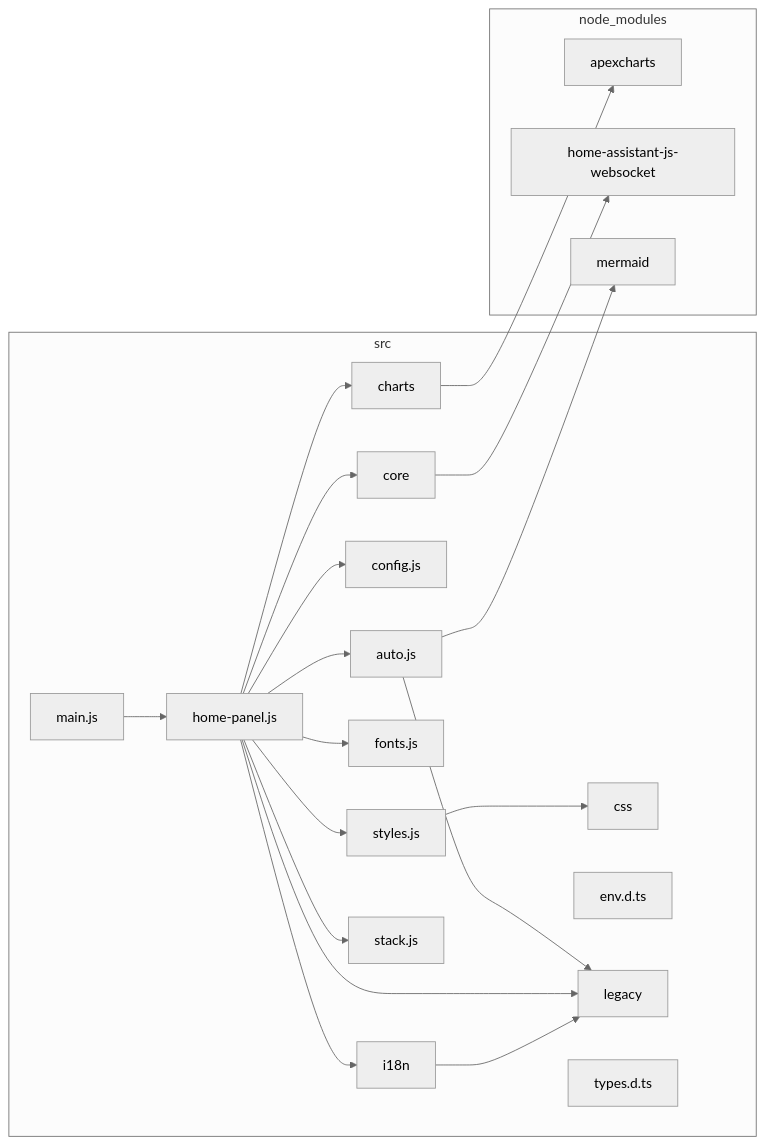
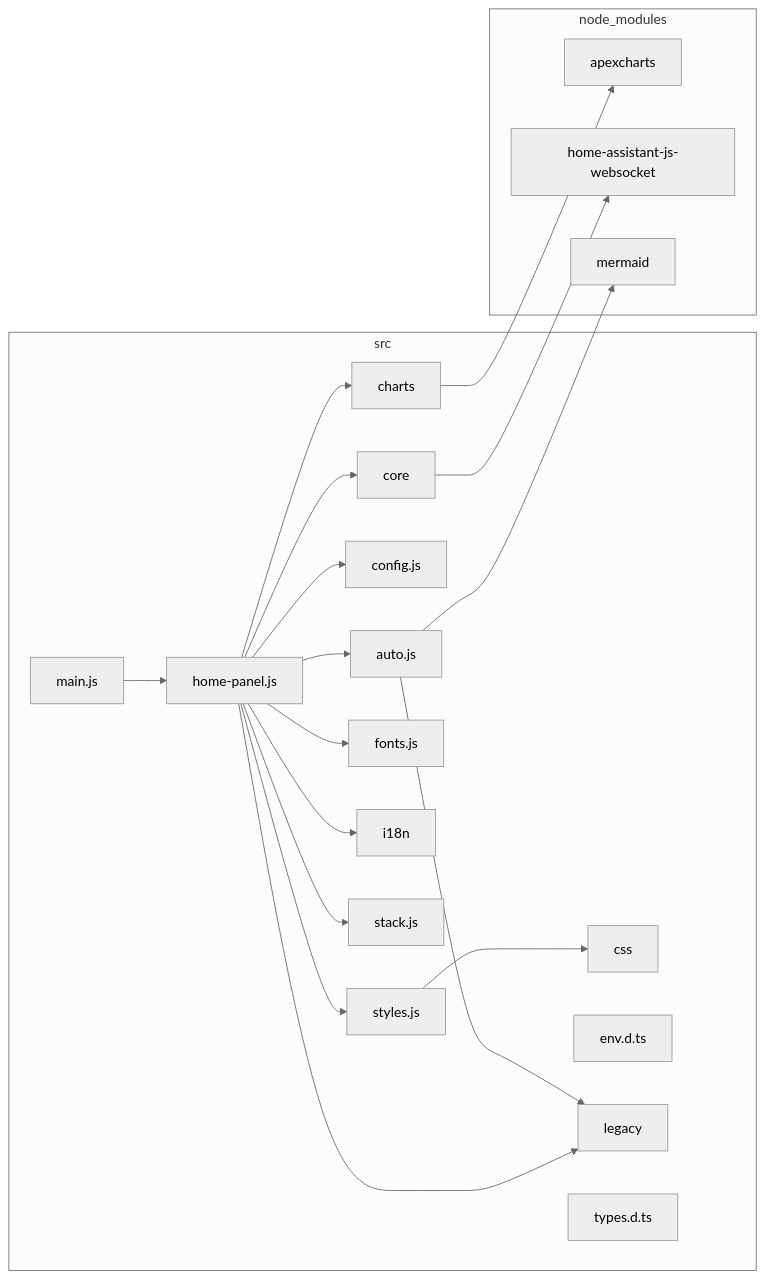
One commit to pldelisle/ha-home-panel changed the diagram in docs/architecture/dependency-graph.md. Above: the diagram before and after it, drawn with Mermaid (neutral theme).

Commit message:
Store, migrate B: dependency graph, the French layer no longer imports the globals (#128)

````diff
--- a/docs/architecture/dependency-graph.md
+++ b/docs/architecture/dependency-graph.md
@@ -5,41 +5,40 @@
 ```mermaid
 flowchart LR
 
 subgraph 0["node_modules"]
 1["apexcharts"]
 2["home-assistant-js-websocket"]
 3["mermaid"]
 end
 subgraph 4["src"]
 5["auto.js"]
 6["charts"]
 7["config.js"]
 8["core"]
 9["css"]
 A["env.d.ts"]
 B["fonts.js"]
 C["home-panel.js"]
 D["i18n"]
 E["legacy"]
 F["main.js"]
 G["stack.js"]
 H["styles.js"]
 I["types.d.ts"]
 end
 5-->E
 5-->3
 6-->1
 8-->2
 C-->5
 C-->6
 C-->7
 C-->8
 C-->B
 C-->D
 C-->E
 C-->G
 C-->H
-D-->E
 F-->C
 H-->9
 ```
````
